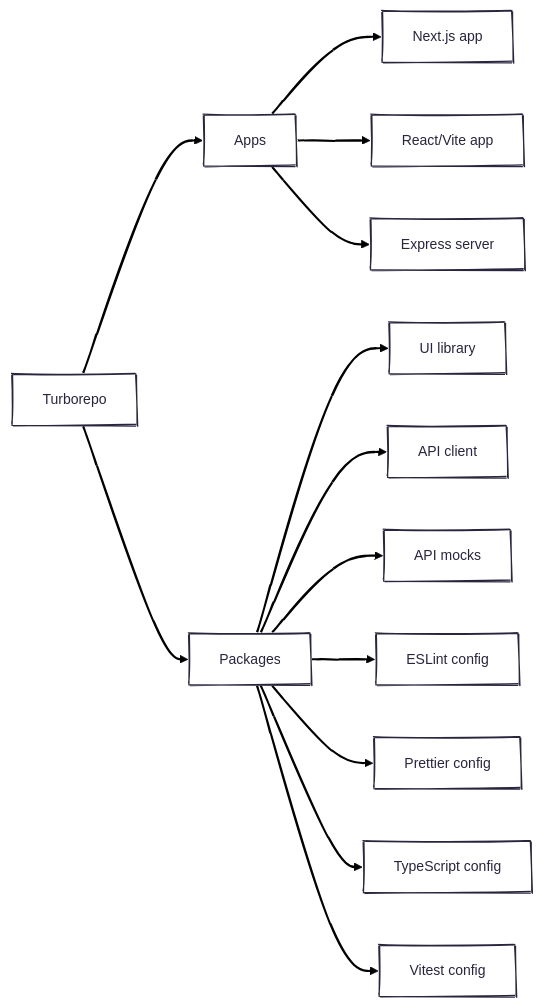
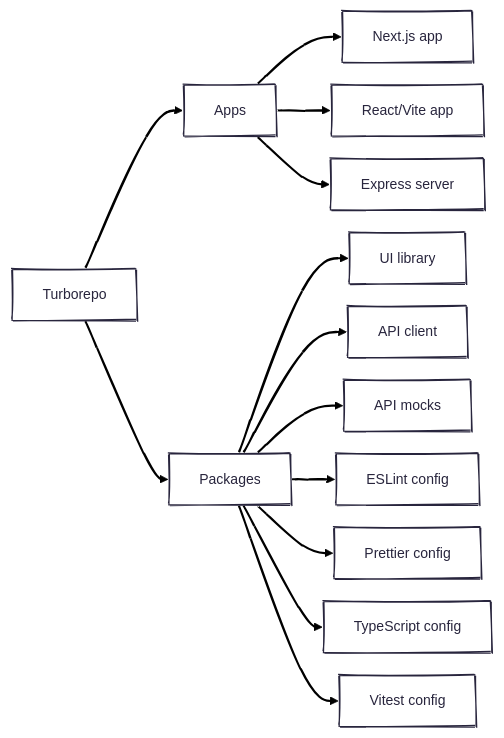
One commit to vincentbollaert/turborepo-playground changed the diagram in README.md. Above: the diagram before and after it, drawn with Mermaid.

Commit message:
updated readme to compress mermaid chart

````diff
--- a/README.md
+++ b/README.md
@@ -7,12 +7,15 @@
 ```mermaid
 ---
 config:
   look: handDrawn
   layout: fixed
   theme: redux
+  rankSpacing: 30
+  nodeSpacing: 20
+  curve: basis
 ---
 flowchart LR
     A["Turborepo"] --> B["Apps"] & C["Packages"]
     B --> D["Next.js app"] & E["React/Vite app"] & F["Express server"]
     C --> G["UI library"] & H["API client"] & I["API mocks"] & J["ESLint config"] & K["Prettier config"] & L["TypeScript config"] & M["Vitest config"]
 ```
````
